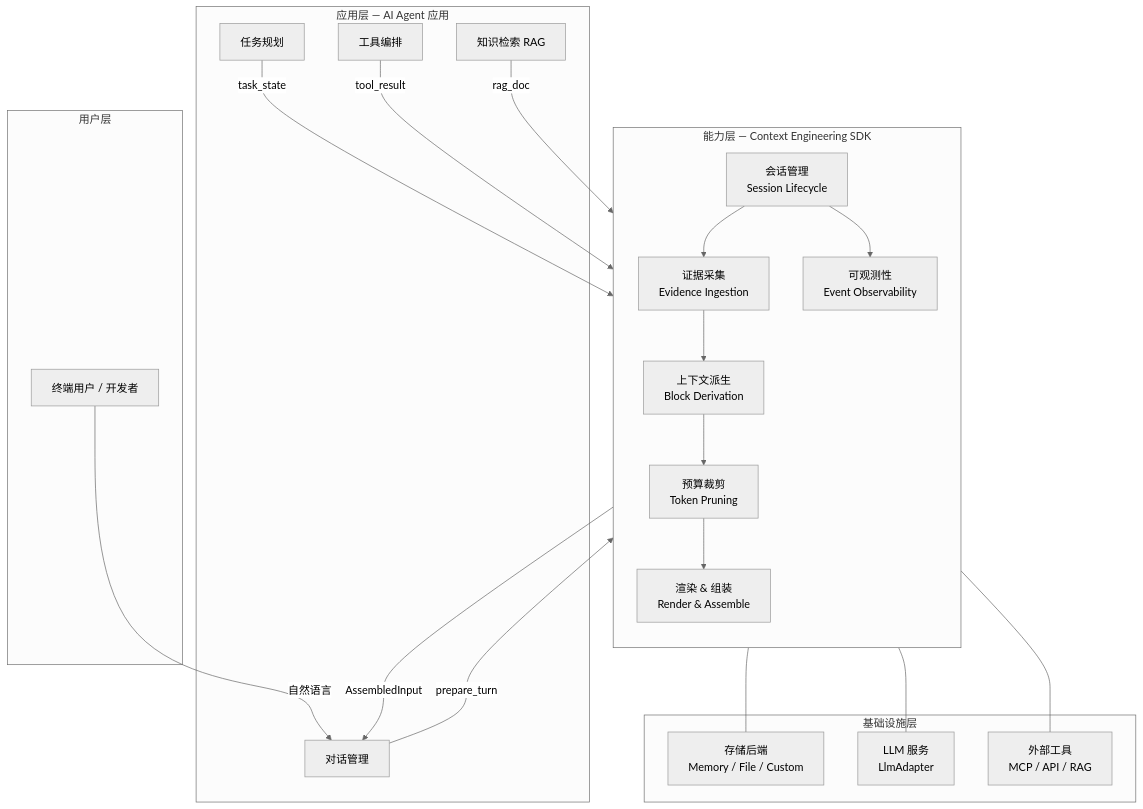
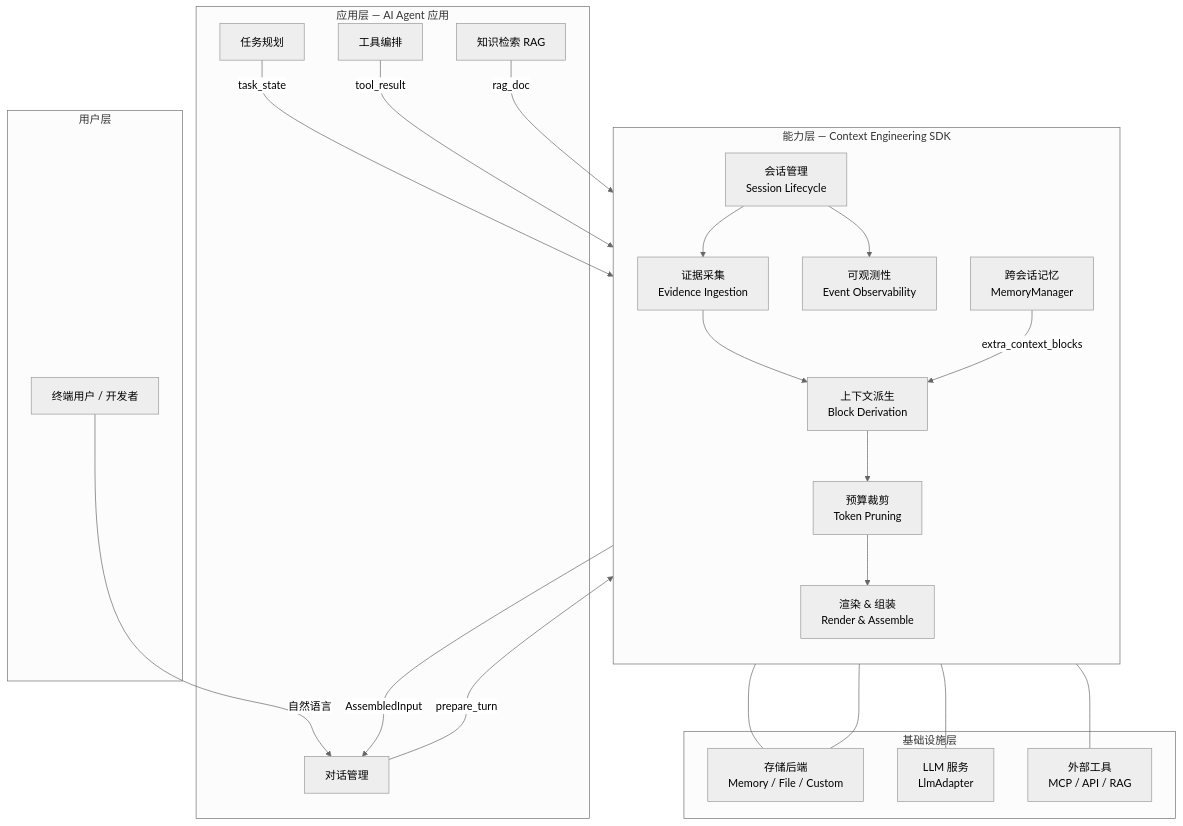
One commit to fooljohnny/context_engineering_sdk changed the first of 12 diagrams in doc/architecture.md. Above: the diagram before and after it, drawn with Mermaid (neutral theme). The commit also changed other lines of this file and 5 other files, not shown here.

````diff
--- a/doc/architecture.md
+++ b/doc/architecture.md
@@ -39,46 +39,49 @@
 ```mermaid
 graph TB
     subgraph 用户层["用户层"]
         U[终端用户 / 开发者]
     end
 
     subgraph 应用层["应用层 — AI Agent 应用"]
         A1[对话管理]
         A2[任务规划]
         A3[工具编排]
         A4[知识检索 RAG]
     end
 
     subgraph SDK层["能力层 — Context Engineering SDK"]
         direction TB
         B1["会话管理<br/>Session Lifecycle"]
         B2["证据采集<br/>Evidence Ingestion"]
         B3["上下文派生<br/>Block Derivation"]
         B4["预算裁剪<br/>Token Pruning"]
         B5["渲染 & 组装<br/>Render & Assemble"]
         B6["可观测性<br/>Event Observability"]
+        B7["跨会话记忆<br/>MemoryManager"]
     end
 
     subgraph 基础设施层["基础设施层"]
         C1["存储后端<br/>Memory / File / Custom"]
         C2["LLM 服务<br/>LlmAdapter"]
         C3["外部工具<br/>MCP / API / RAG"]
     end
 
     U -->|自然语言| A1
     A1 -->|prepare_turn| B1
     A2 -->|task_state| B3
     A3 -->|tool_result| B2
     A4 -->|rag_doc| B2
 
     B1 --> B2
     B2 --> B3
     B3 --> B4
     B4 --> B5
     B5 -->|AssembledInput| A1
     B1 --> B6
+    B7 -->|extra_context_blocks| B3
 
     B1 --- C1
+    B7 --- C1
     B5 --- C2
     B2 --- C3
 ```
````
